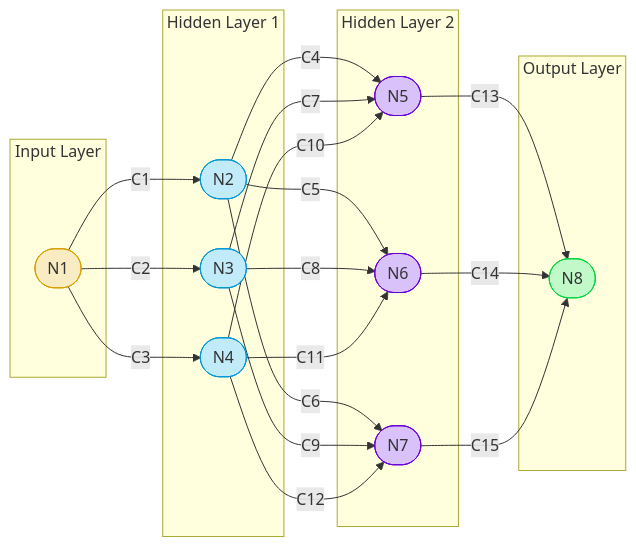
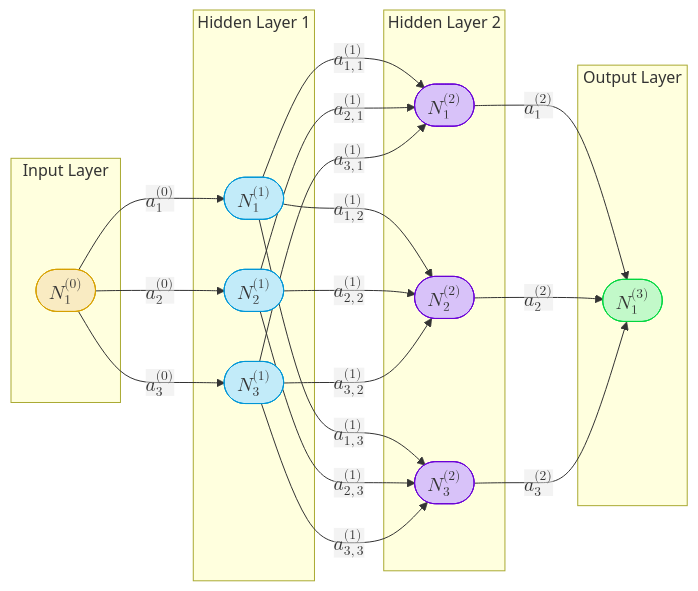
One commit to KevinJKoning/SEH changed the first of 4 diagrams in quarto/2.4-machine_learning.qmd. Above: the diagram before and after it, drawn with Mermaid. The commit also changed other lines of this file and 1 other file, not shown here.

````diff
--- a/quarto/2.4-machine_learning.qmd
+++ b/quarto/2.4-machine_learning.qmd
@@ -82,52 +93,52 @@
 ```{mermaid}
 graph LR
   %% Define classes with desired styles
   classDef inputLayer fill:#f9ebc2,stroke:#d6a000;
   classDef hiddenLayer1 fill:#c2ebf9,stroke:#0096d6;
   classDef hiddenLayer2 fill:#d8c2f9,stroke:#6a00d6;
   classDef outputLayer fill:#c2f9c9,stroke:#00d640;
 
   subgraph Input Layer
-    N1(["N1"])
+    N1(["$$N^{(0)}_{1}$$"])
     class N1 inputLayer;
   end
 
   subgraph Hidden Layer 1
-    N2(["N2"])
-    N3(["N3"])
-    N4(["N4"])
+    N2(["$$N^{(1)}_{1}$$"])
+    N3(["$$N^{(1)}_{2}$$"])
+    N4(["$$N^{(1)}_{3}$$"])
     class N2,N3,N4 hiddenLayer1;
   end
 
   subgraph Hidden Layer 2
-    N5(["N5"])
-    N6(["N6"])
-    N7(["N7"])
+    N5(["$$N^{(2)}_{1}$$"])
+    N6(["$$N^{(2)}_{2}$$"])
+    N7(["$$N^{(2)}_{3}$$"])
     class N5,N6,N7 hiddenLayer2;
   end
 
   subgraph Output Layer
-    N8(["N8"])
+    N8(["$$N^{(3)}_{1}$$"])
     class N8 outputLayer;
   end
 
-  N1 -->|C1| N2
-  N1 -->|C2| N3
-  N1 -->|C3| N4
+  N1 -->|"$$a^{(0)}_{1}$$"| N2
+  N1 -->|"$$a^{(0)}_{2}$$"| N3
+  N1 -->|"$$a^{(0)}_{3}$$"| N4
   
-  N2 -->|C4| N5
-  N2 -->|C5| N6
-  N2 -->|C6| N7
+  N2 -->|"$$a^{(1)}_{1,1}$$"| N5
+  N2 -->|"$$a^{(1)}_{1,2}$$"| N6
+  N2 -->|"$$a^{(1)}_{1,3}$$"| N7
   
-  N3 -->|C7| N5
-  N3 -->|C8| N6
-  N3 -->|C9| N7
+  N3 -->|"$$a^{(1)}_{2,1}$$"| N5
+  N3 -->|"$$a^{(1)}_{2,2}$$"| N6
+  N3 -->|"$$a^{(1)}_{2,3}$$"| N7
   
-  N4 -->|C10| N5
-  N4 -->|C11| N6
-  N4 -->|C12| N7
+  N4 -->|"$$a^{(1)}_{3,1}$$"| N5
+  N4 -->|"$$a^{(1)}_{3,2}$$"| N6
+  N4 -->|"$$a^{(1)}_{3,3}$$"| N7
   
-  N5 -->|C13| N8
-  N6 -->|C14| N8
-  N7 -->|C15| N8
+  N5 -->|"$$a^{(2)}_{1}$$"| N8
+  N6 -->|"$$a^{(2)}_{2}$$"| N8
+  N7 -->|"$$a^{(2)}_{3}$$"| N8
 ```
````
